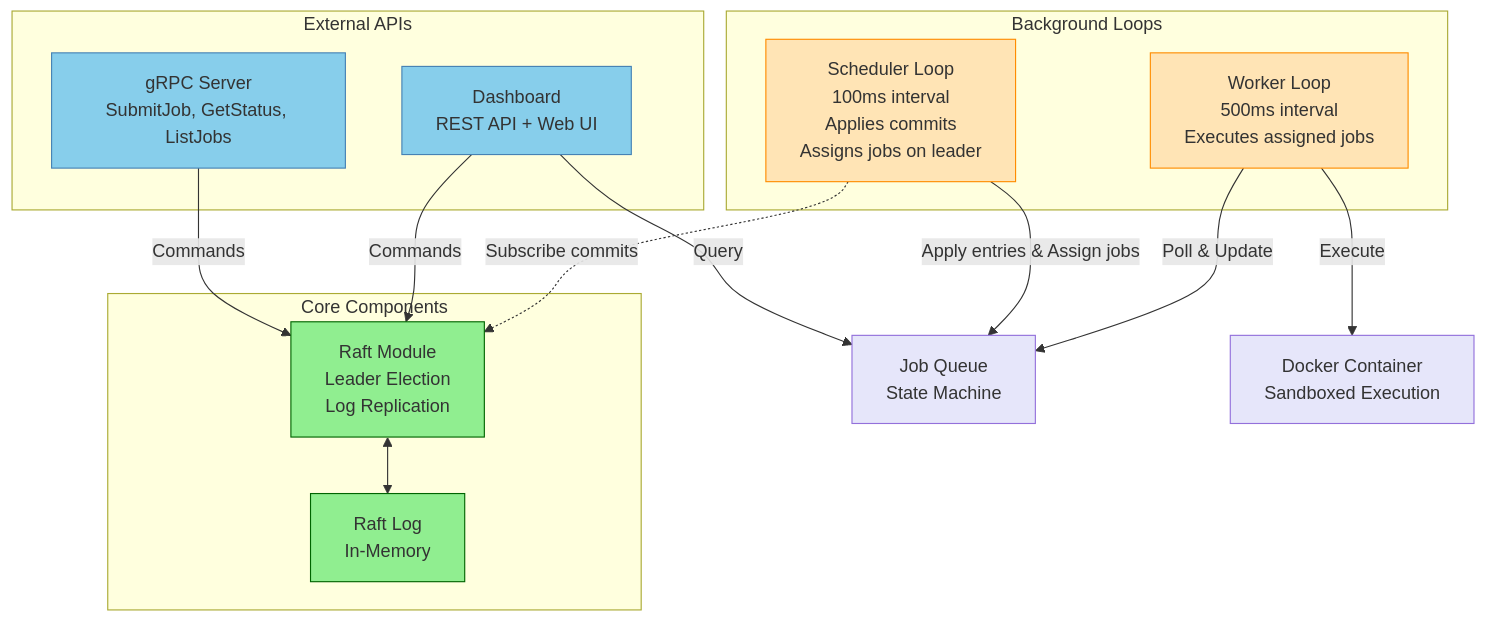
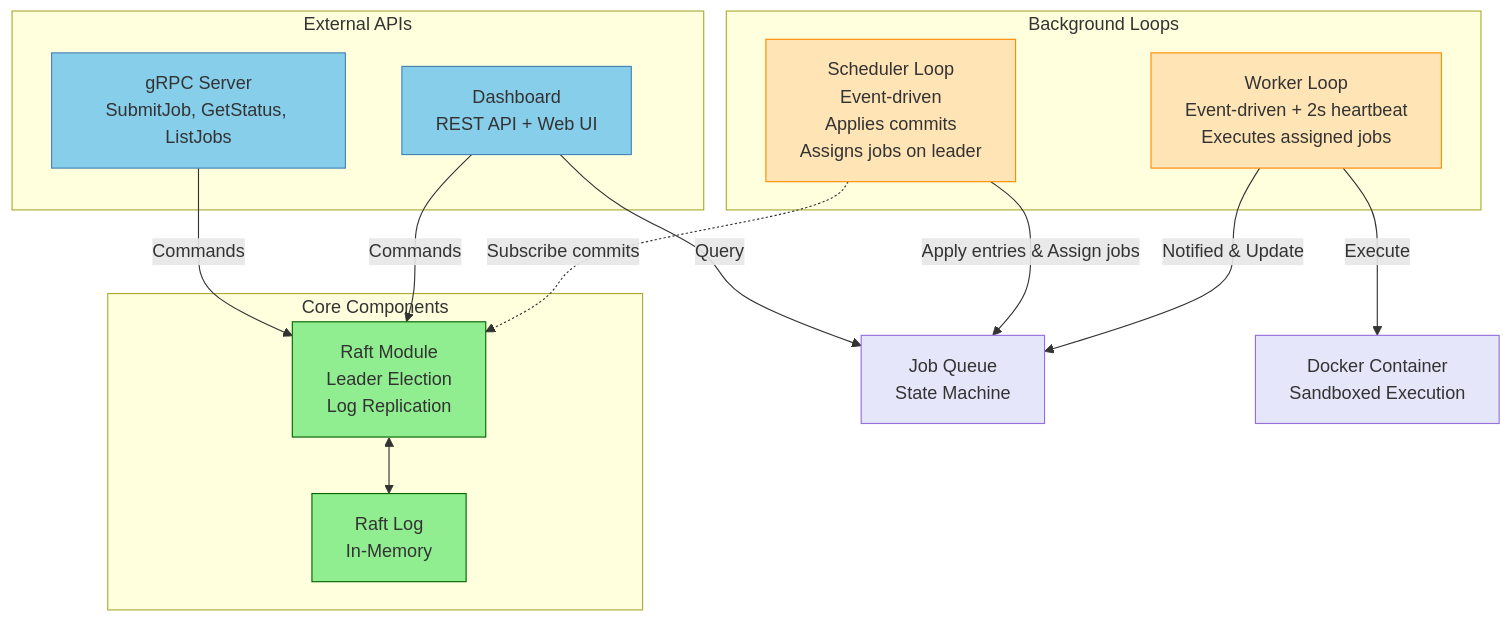
One commit to ngaddam369/nomad-lite changed the second of 3 diagrams in README.md. Above: the diagram before and after it, drawn with Mermaid. The commit also changed other lines of this file and 1 other file, not shown here.

First line of the commit message:
Feature: Replace polling-based scheduling with event-driven

````diff
--- a/README.md
+++ b/README.md
@@ -69,44 +69,44 @@
 ```mermaid
 graph TB
     subgraph External[External APIs]
         GRPC[gRPC Server<br/>SubmitJob, GetStatus, ListJobs]
         DASH[Dashboard<br/>REST API + Web UI]
     end
 
     subgraph Core[Core Components]
         RAFT[Raft Module<br/>Leader Election<br/>Log Replication]
         LOG[Raft Log<br/>In-Memory]
     end
 
     subgraph Loops[Background Loops]
-        SCHED[Scheduler Loop<br/>100ms interval<br/>Applies commits<br/>Assigns jobs on leader]
-        WORKER[Worker Loop<br/>500ms interval<br/>Executes assigned jobs]
+        SCHED[Scheduler Loop<br/>Event-driven<br/>Applies commits<br/>Assigns jobs on leader]
+        WORKER[Worker Loop<br/>Event-driven + 2s heartbeat<br/>Executes assigned jobs]
     end
 
     QUEUE[Job Queue<br/>State Machine]
     DOCKER[Docker Container<br/>Sandboxed Execution]
 
     %% External to Core
     GRPC -->|Commands| RAFT
     DASH -->|Commands| RAFT
     DASH -->|Query| QUEUE
 
     %% Core
     RAFT <--> LOG
 
     %% Loops subscribe/interact
     SCHED -.->|Subscribe commits| RAFT
     SCHED -->|Apply entries & Assign jobs| QUEUE
-    WORKER -->|Poll & Update| QUEUE
+    WORKER -->|Notified & Update| QUEUE
     WORKER -->|Execute| DOCKER
 
     classDef api fill:#87CEEB,stroke:#4682B4
     classDef core fill:#90EE90,stroke:#006400
     classDef loop fill:#FFE4B5,stroke:#FF8C00
     classDef state fill:#E6E6FA,stroke:#9370DB
 
     class GRPC,DASH api
     class RAFT,LOG core
     class SCHED,WORKER loop
     class QUEUE,DOCKER state
 ```
````
